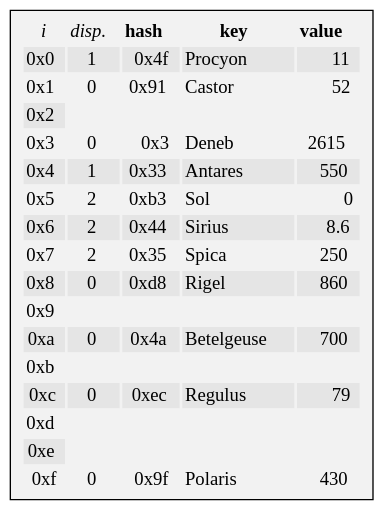
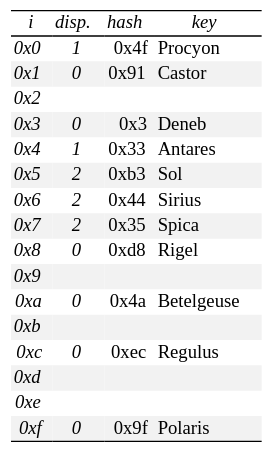
One commit to neil-edelman/boxes changed the diagram in doc/table-precursor/star-open.gv. Above: the diagram before and after it, drawn with Graphviz. The commit also changed 6 other files, not shown here.

Commit message:
Updated to graph; pretty.

```diff
--- a/doc/table-precursor/star-open.gv
+++ b/doc/table-precursor/star-open.gv
@@ -1,109 +1,104 @@
 digraph {
-	rankdir=LR;
-	graph [truecolor=true, bgcolor=transparent];
-	fontface=modern;
-	node [shape=box, style=filled, fillcolor="Gray95"];
-	hash [label=<<TABLE BORDER="0">
+	graph [rankdir=LR, truecolor=true, bgcolor=transparent, fontname=modern];
+	node [shape=none, fontname=modern];
+	hash [label=<
+<table border="0" cellspacing="0">
+	<tr><td colspan="4"></td></tr>
+	<hr/>
 	<TR>
 		<TD BORDER="0"><FONT FACE="Times-Italic">i</FONT></TD>
 		<TD BORDER="0"><FONT FACE="Times-Italic">disp.</FONT></TD>
-		<TD BORDER="0"><FONT FACE="Times-Bold">hash</FONT></TD>
-		<TD BORDER="0"><FONT FACE="Times-Bold">key</FONT></TD>
-		<TD BORDER="0"><FONT FACE="Times-Bold">value</FONT></TD>
+		<TD BORDER="0"><FONT FACE="Times-Italic">hash</FONT></TD>
+		<TD BORDER="0"><FONT FACE="Times-Italic">key</FONT></TD>
+	</TR>
+	<hr/>
+	<TR>
+		<TD ALIGN="RIGHT"><font face="Times-Italic">0x0</font></TD>
+		<TD><font face="Times-Italic">1</font></TD>
+		<TD ALIGN="RIGHT">0x4f</TD>
+		<TD ALIGN="LEFT">Procyon</TD>
 	</TR>
 	<TR>
-		<TD ALIGN="RIGHT" BGCOLOR="Gray90">0x0</TD>
-		<TD BGCOLOR="Gray90">1</TD>
-		<TD ALIGN="RIGHT" BGCOLOR="Gray90">0x4f</TD>
-		<TD ALIGN="LEFT" BGCOLOR="Gray90">Procyon</TD>
-		<TD ALIGN="RIGHT" BGCOLOR="Gray90">11</TD>
+		<TD ALIGN="RIGHT" bgcolor="Gray95"><font face="Times-Italic">0x1</font></TD>
+		<TD bgcolor="Gray95"><font face="Times-Italic">0</font></TD>
+		<TD ALIGN="RIGHT" bgcolor="Gray95">0x91</TD>
+		<TD ALIGN="LEFT" bgcolor="Gray95">Castor</TD>
 	</TR>
 	<TR>
-		<TD ALIGN="RIGHT">0x1</TD>
-		<TD>0</TD>
-		<TD ALIGN="RIGHT">0x91</TD>
-		<TD ALIGN="LEFT">Castor</TD>
-		<TD ALIGN="RIGHT">52</TD>
+		<TD ALIGN="RIGHT"><font face="Times-Italic">0x2</font></TD>
 	</TR>
 	<TR>
-		<TD ALIGN="RIGHT" BGCOLOR="Gray90">0x2</TD>
+		<TD ALIGN="RIGHT" bgcolor="Gray95"><font face="Times-Italic">0x3</font></TD>
+		<TD bgcolor="Gray95"><font face="Times-Italic">0</font></TD>
+		<TD ALIGN="RIGHT" bgcolor="Gray95">0x3</TD>
+		<TD ALIGN="LEFT" bgcolor="Gray95">Deneb</TD>
 	</TR>
 	<TR>
-		<TD ALIGN="RIGHT">0x3</TD>
-		<TD>0</TD>
-		<TD ALIGN="RIGHT">0x3</TD>
-		<TD ALIGN="LEFT">Deneb</TD>
-		<TD ALIGN="RIGHT">2615</TD>
+		<TD ALIGN="RIGHT"><font face="Times-Italic">0x4</font></TD>
+		<TD><font face="Times-Italic">1</font></TD>
+		<TD ALIGN="RIGHT">0x33</TD>
+		<TD ALIGN="LEFT">Antares</TD>
 	</TR>
 	<TR>
-		<TD ALIGN="RIGHT" BGCOLOR="Gray90">0x4</TD>
-		<TD BGCOLOR="Gray90">1</TD>
-		<TD ALIGN="RIGHT" BGCOLOR="Gray90">0x33</TD>
-		<TD ALIGN="LEFT" BGCOLOR="Gray90">Antares</TD>
-		<TD ALIGN="RIGHT" BGCOLOR="Gray90">550</TD>
+		<TD ALIGN="RIGHT" bgcolor="Gray95"><font face="Times-Italic">0x5</font></TD>
+		<TD PORT="14" bgcolor="Gray95"><font face="Times-Italic">2</font></TD>
+		<TD ALIGN="RIGHT" bgcolor="Gray95">0xb3</TD>
+		<TD ALIGN="LEFT" bgcolor="Gray95">Sol</TD>
 	</TR>
 	<TR>
-		<TD ALIGN="RIGHT">0x5</TD>
-		<TD PORT="14">2</TD>
-		<TD ALIGN="RIGHT">0xb3</TD>
-		<TD ALIGN="LEFT">Sol</TD>
-		<TD ALIGN="RIGHT">0</TD>
+		<TD ALIGN="RIGHT"><font face="Times-Italic">0x6</font></TD>
+		<TD><font face="Times-Italic">2</font></TD>
+		<TD ALIGN="RIGHT">0x44</TD>
+		<TD ALIGN="LEFT">Sirius</TD>
 	</TR>
 	<TR>
-		<TD ALIGN="RIGHT" BGCOLOR="Gray90">0x6</TD>
-		<TD BGCOLOR="Gray90">2</TD>
-		<TD ALIGN="RIGHT" BGCOLOR="Gray90">0x44</TD>
-		<TD ALIGN="LEFT" BGCOLOR="Gray90">Sirius</TD>
-		<TD ALIGN="RIGHT" BGCOLOR="Gray90">8.6</TD>
+		<TD ALIGN="RIGHT" bgcolor="Gray95"><font face="Times-Italic">0x7</font></TD>
+		<TD bgcolor="Gray95"><font face="Times-Italic">2</font></TD>
+		<TD ALIGN="RIGHT" bgcolor="Gray95">0x35</TD>
+		<TD ALIGN="LEFT" bgcolor="Gray95">Spica</TD>
 	</TR>
 	<TR>
-		<TD ALIGN="RIGHT">0x7</TD>
-		<TD>2</TD>
-		<TD ALIGN="RIGHT">0x35</TD>
-		<TD ALIGN="LEFT">Spica</TD>
-		<TD ALIGN="RIGHT">250</TD>
+		<TD ALIGN="RIGHT"><font face="Times-Italic">0x8</font></TD>
+		<TD PORT="8"><font face="Times-Italic">0</font></TD>
+		<TD ALIGN="RIGHT">0xd8</TD>
+		<TD ALIGN="LEFT">Rigel</TD>
 	</TR>
 	<TR>
-		<TD ALIGN="RIGHT" BGCOLOR="Gray90">0x8</TD>
-		<TD PORT="8" BGCOLOR="Gray90">0</TD>
-		<TD ALIGN="RIGHT" BGCOLOR="Gray90">0xd8</TD>
-		<TD ALIGN="LEFT" BGCOLOR="Gray90">Rigel</TD>
-		<TD ALIGN="RIGHT" BGCOLOR="Gray90">860</TD>
+		<TD ALIGN="RIGHT" bgcolor="Gray95"><font face="Times-Italic">0x9</font></TD>
+		<td bgcolor="Gray95"></td><td bgcolor="Gray95"></td><td bgcolor="Gray95"></td>
 	</TR>
 	<TR>
-		<TD ALIGN="RIGHT">0x9</TD>
+		<TD ALIGN="RIGHT"><font face="Times-Italic">0xa</font></TD>
+		<TD PORT="10"><font face="Times-Italic">0</font></TD>
+		<TD ALIGN="RIGHT">0x4a</TD>
+		<TD ALIGN="LEFT">Betelgeuse</TD>
 	</TR>
 	<TR>
-		<TD ALIGN="RIGHT" BGCOLOR="Gray90">0xa</TD>
-		<TD PORT="10" BGCOLOR="Gray90">0</TD>
-		<TD ALIGN="RIGHT" BGCOLOR="Gray90">0x4a</TD>
-		<TD ALIGN="LEFT" BGCOLOR="Gray90">Betelgeuse</TD>
-		<TD ALIGN="RIGHT" BGCOLOR="Gray90">700</TD>
+		<TD ALIGN="RIGHT" bgcolor="Gray95"><font face="Times-Italic">0xb</font></TD>
+		<td bgcolor="Gray95"></td><td bgcolor="Gray95"></td><td bgcolor="Gray95"></td>
 	</TR>
 	<TR>
-		<TD ALIGN="RIGHT">0xb</TD>
+		<TD ALIGN="RIGHT"><font face="Times-Italic">0xc</font></TD>
+		<TD PORT="12"><font face="Times-Italic">0</font></TD>
+		<TD ALIGN="RIGHT">0xec</TD>
+		<TD ALIGN="LEFT">Regulus</TD>
 	</TR>
 	<TR>
-		<TD ALIGN="RIGHT" BGCOLOR="Gray90">0xc</TD>
-		<TD PORT="12" BGCOLOR="Gray90">0</TD>
-		<TD ALIGN="RIGHT" BGCOLOR="Gray90">0xec</TD>
-		<TD ALIGN="LEFT" BGCOLOR="Gray90">Regulus</TD>
-		<TD ALIGN="RIGHT" BGCOLOR="Gray90">79</TD>
+		<TD ALIGN="RIGHT" bgcolor="Gray95"><font face="Times-Italic">0xd</font></TD>
+		<td bgcolor="Gray95"></td><td bgcolor="Gray95"></td><td bgcolor="Gray95"></td>
 	</TR>
 	<TR>
-		<TD ALIGN="RIGHT">0xd</TD>
+		<TD ALIGN="RIGHT"><font face="Times-Italic">0xe</font></TD>
 	</TR>
 	<TR>
-		<TD ALIGN="RIGHT" BGCOLOR="Gray90">0xe</TD>
+		<TD ALIGN="RIGHT" bgcolor="Gray95"><font face="Times-Italic">0xf</font></TD>
+		<TD PORT="15" bgcolor="Gray95"><font face="Times-Italic">0</font></TD>
+		<TD ALIGN="RIGHT" bgcolor="Gray95">0x9f</TD>
+		<TD ALIGN="LEFT" bgcolor="Gray95">Polaris</TD>
 	</TR>
-	<TR>
-		<TD ALIGN="RIGHT">0xf</TD>
-		<TD PORT="15">0</TD>
-		<TD ALIGN="RIGHT">0x9f</TD>
-		<TD ALIGN="LEFT">Polaris</TD>
-		<TD ALIGN="RIGHT">430</TD>
-	</TR>
-</TABLE>>];
+	<hr/>
+	<tr><td colspan="4"></td></tr>
+</table>>];
 	node [shape=plain, fillcolor=none]
 	node [color=red];
 }
```
